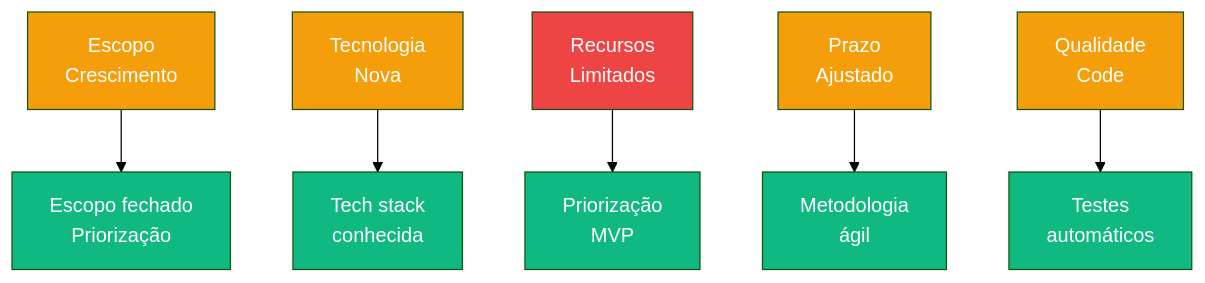
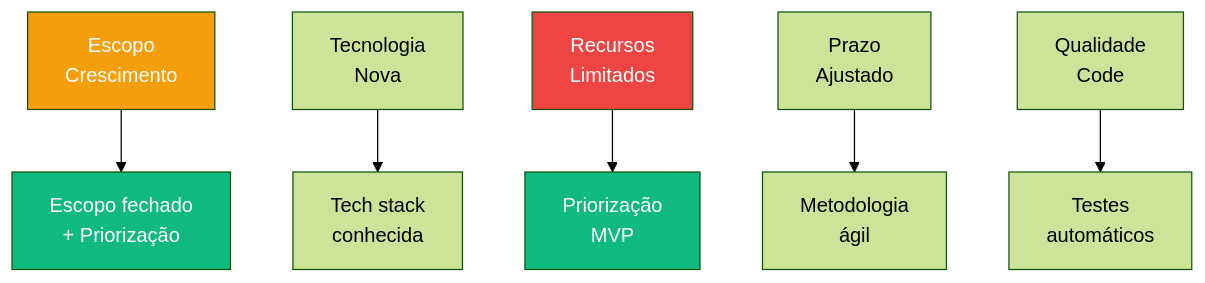
Before and after one commit to matheusmendes720/workconnect-tcc: the sixth of 11 diagrams in documentation/docs/estrategia/project-model-canvas.mdx, drawn with Mermaid (forest theme). The commit also changed other lines of this file and 16 other files, not shown here.

````diff
--- a/documentation/docs/estrategia/project-model-canvas.mdx
+++ b/documentation/docs/estrategia/project-model-canvas.mdx
@@ -243,19 +235,13 @@
 ```mermaid
 flowchart TB
-    R1[Escopo<br/>Crescimento] --> M1[Escopo fechado<br/>Priorização]
+    R1[Escopo<br/>Crescimento] --> M1[Escopo fechado<br/>+ Priorização]
     R2[Tecnologia<br/>Nova] --> M2[Tech stack<br/>conhecida]
     R3[Recursos<br/>Limitados] --> M3[Priorização<br/>MVP]
     R4[Prazo<br/>Ajustado] --> M4[Metodologia<br/>ágil]
     R5[Qualidade<br/>Code] --> M5[Testes<br/>automáticos]
-    
+
     style R1 fill:#f59e0b,color:#fff
-    style R2 fill:#f59e0b,color:#fff
     style R3 fill:#ef4444,color:#fff
-    style R4 fill:#f59e0b,color:#fff
-    style R5 fill:#f59e0b,color:#fff
     style M1 fill:#10b981,color:#fff
-    style M2 fill:#10b981,color:#fff
     style M3 fill:#10b981,color:#fff
-    style M4 fill:#10b981,color:#fff
-    style M5 fill:#10b981,color:#fff
 ```
````
